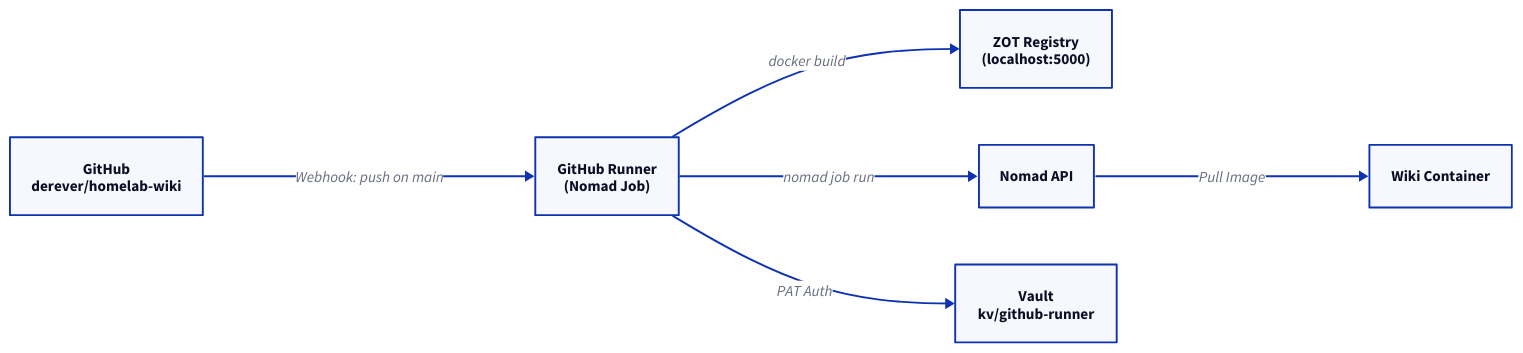
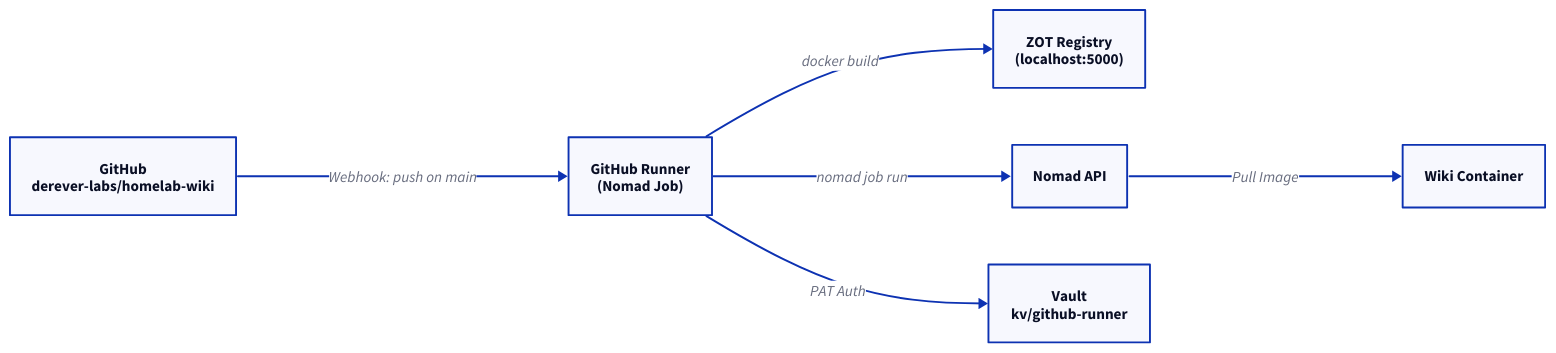
Before and after one commit to derever-labs/homelab-wiki: the diagram in docs/github-runner/index.md, drawn with D2. The commit also changed other lines of this file and 2 other files, not shown here.

Commit message:
docs(wiki): GitHub Org-Migration derever -> derever-labs

````diff
--- a/docs/github-runner/index.md
+++ b/docs/github-runner/index.md
@@ -28,16 +28,16 @@
 ```d2
 direction: right
 
-GH: "GitHub\nderever/homelab-wiki"
+GH: "GitHub\nderever-labs/homelab-wiki"
 Runner: "GitHub Runner\n(Nomad Job)"
 ZOT: "ZOT Registry\n(localhost:5000)"
 Nomad: Nomad API
 Wiki: Wiki Container
 Vault: "Vault\nkv/github-runner"
 
 GH -> Runner: Webhook: push on main
 Runner -> ZOT: docker build
 Runner -> Nomad: nomad job run
 Nomad -> Wiki: Pull Image
 Runner -> Vault: PAT Auth
 ```
````
